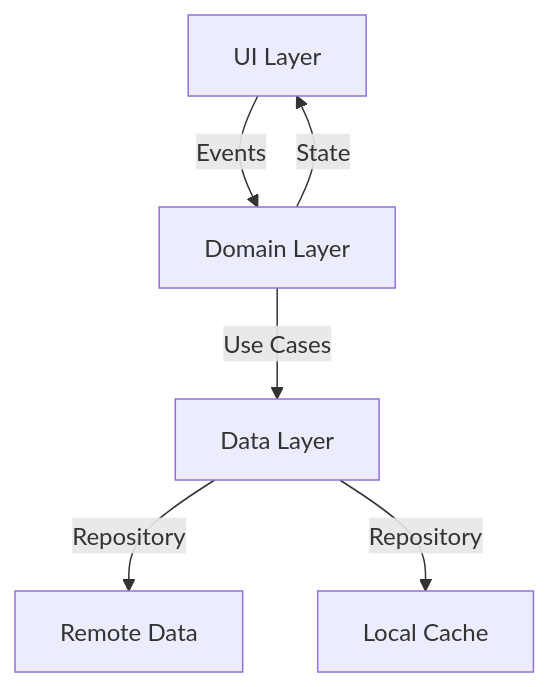
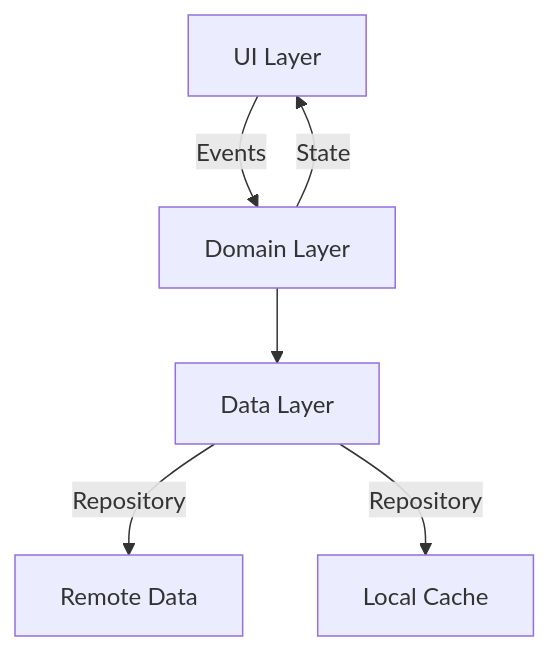
One commit to AssasinNik/VideoApp changed the diagram in README.md. Above: the diagram before and after it, drawn with Mermaid.

````diff
--- a/README.md
+++ b/README.md
@@ -40,8 +40,8 @@
 ```mermaid
 graph TD
     A[UI Layer] -->|Events| B[Domain Layer]
     B -->|State| A
-    B -->|Use Cases| C[Data Layer]
+    B --> C[Data Layer]
     C -->|Repository| D[Remote Data]
     C -->|Repository| E[Local Cache]
 ```
````
